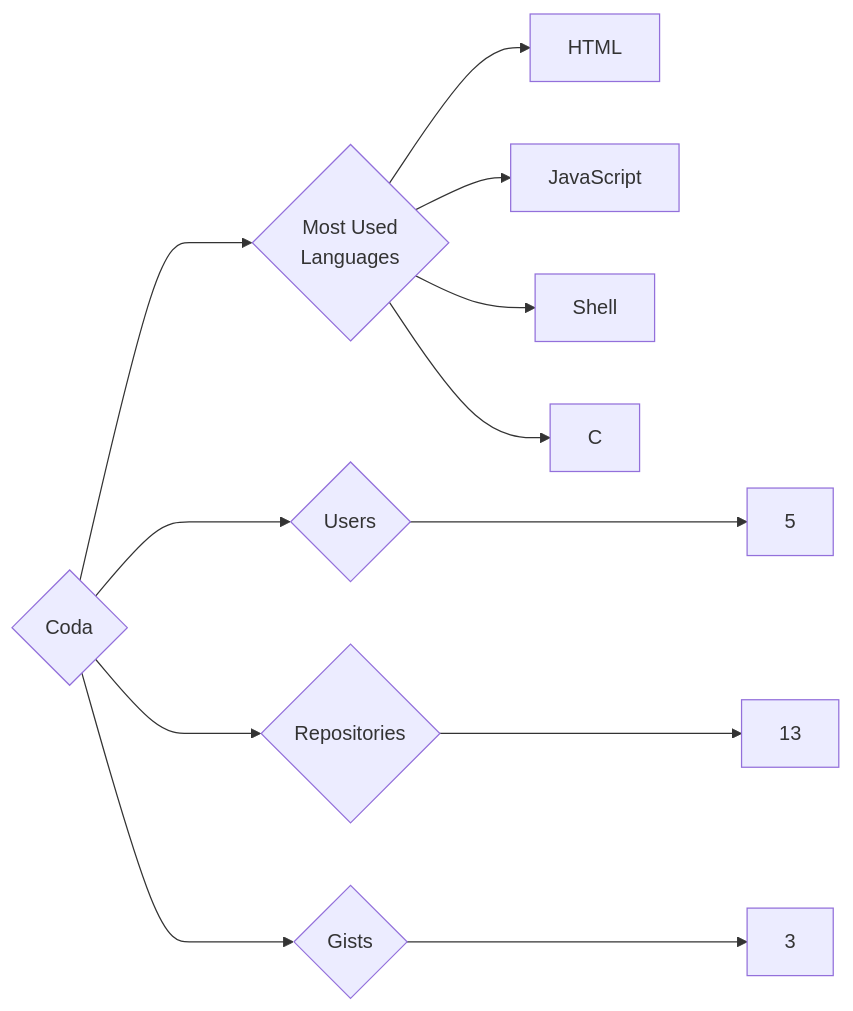
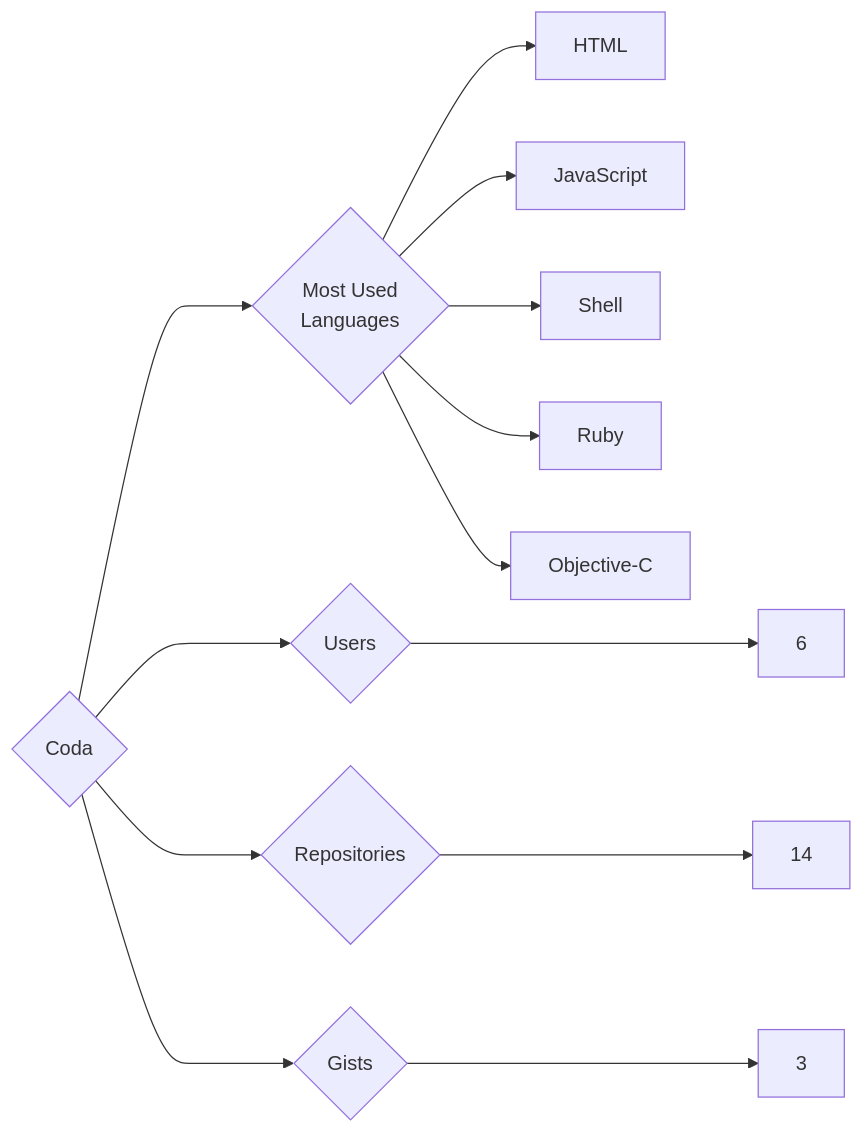
Before and after one commit to trickest/insiders: the diagram in targets/Coda/README.md, drawn with Mermaid. The commit also changed 1123 other files, not shown here.

````diff
--- a/targets/Coda/README.md
+++ b/targets/Coda/README.md
@@ -3,12 +3,13 @@
 ```mermaid
 graph LR
 COMPANY_NAME{Coda}
-COMPANY_NAME ---> U{Users} ---> UN[5]
-COMPANY_NAME ---> R{Repositories} ---> RN[13]
+COMPANY_NAME ---> U{Users} ---> UN[6]
+COMPANY_NAME ---> R{Repositories} ---> RN[14]
 COMPANY_NAME ---> G{Gists} ---> GN[3]
 COMPANY_NAME ---> ML{Most Used<br>Languages}
 ML --> HTML[HTML]
 ML --> JavaScript[JavaScript]
 ML --> Shell[Shell]
-ML --> C[C]
+ML --> Ruby[Ruby]
+ML --> Objective-C[Objective-C]
 ```
````
